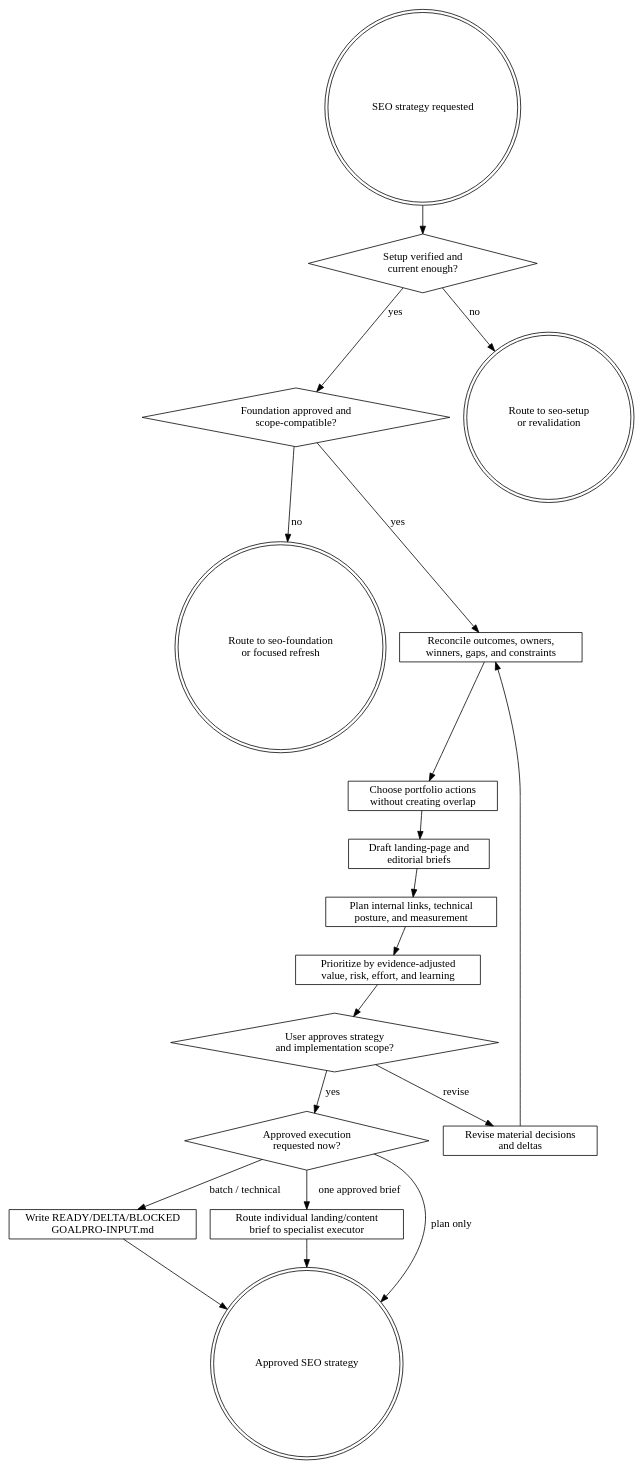
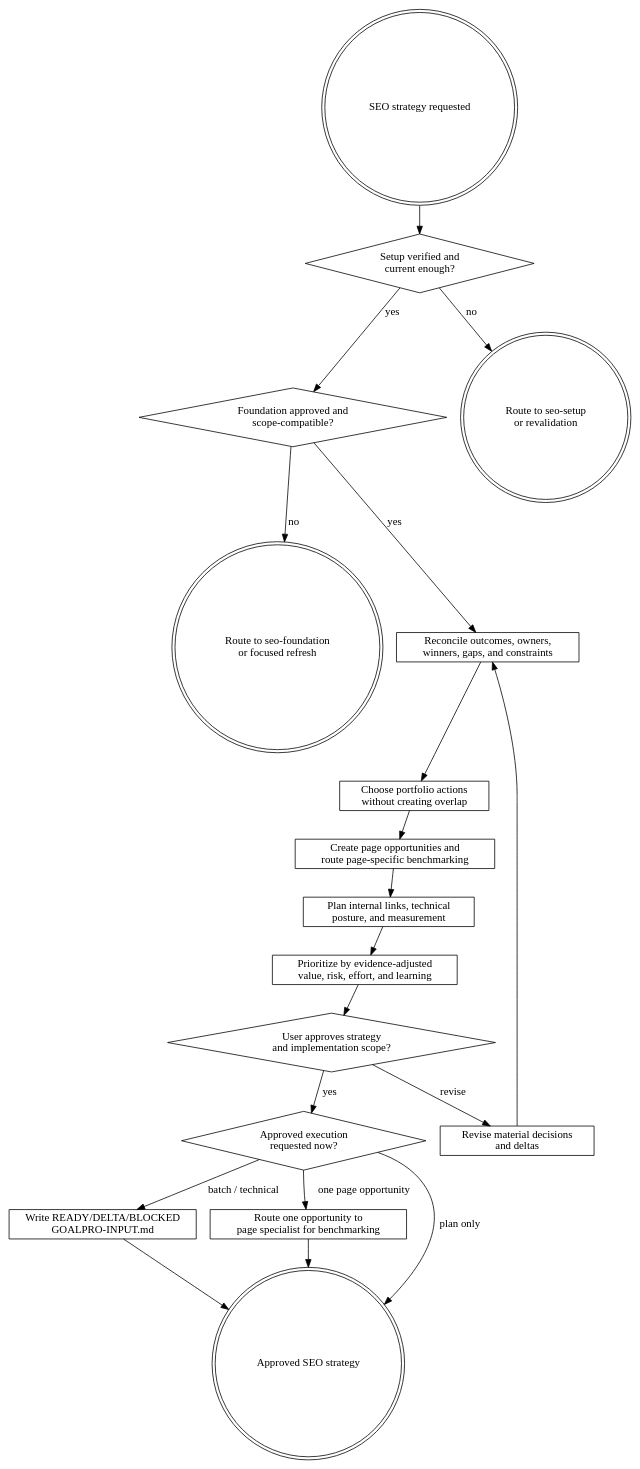
Before and after one commit to gremlin-labs/gremlin-skills: the diagram in skills/growth/seo-strategy/SKILL.md, drawn with Graphviz. The commit also changed other lines of this file and 115 other files, not shown here.

````diff
--- a/skills/growth/seo-strategy/SKILL.md
+++ b/skills/growth/seo-strategy/SKILL.md
@@ -10,35 +10,35 @@
 ```dot
 digraph seo_strategy {
   start [shape=doublecircle, label="SEO strategy requested"];
   setup [shape=diamond, label="Setup verified and\ncurrent enough?"];
   foundation [shape=diamond, label="Foundation approved and\nscope-compatible?"];
   route_setup [shape=doublecircle, label="Route to seo-setup\nor revalidation"];
   route_foundation [shape=doublecircle, label="Route to seo-foundation\nor focused refresh"];
   reconcile [shape=box, label="Reconcile outcomes, owners,\nwinners, gaps, and constraints"];
   actions [shape=box, label="Choose portfolio actions\nwithout creating overlap"];
-  briefs [shape=box, label="Draft landing-page and\neditorial briefs"];
+  queue [shape=box, label="Create page opportunities and\nroute page-specific benchmarking"];
   links [shape=box, label="Plan internal links, technical\nposture, and measurement"];
   prioritize [shape=box, label="Prioritize by evidence-adjusted\nvalue, risk, effort, and learning"];
   approve [shape=diamond, label="User approves strategy\nand implementation scope?"];
   revise [shape=box, label="Revise material decisions\nand deltas"];
   handoff [shape=diamond, label="Approved execution\nrequested now?"];
   goalpro [shape=box, label="Write READY/DELTA/BLOCKED\nGOALPRO-INPUT.md"];
-  specialized [shape=box, label="Route individual landing/content\nbrief to specialist executor"];
+  specialized [shape=box, label="Route one opportunity to\npage specialist for benchmarking"];
   done [shape=doublecircle, label="Approved SEO strategy"];
 
   start -> setup;
   setup -> route_setup [label="no"];
   setup -> foundation [label="yes"];
   foundation -> route_foundation [label="no"];
   foundation -> reconcile [label="yes"];
-  reconcile -> actions -> briefs -> links -> prioritize -> approve;
+  reconcile -> actions -> queue -> links -> prioritize -> approve;
   approve -> revise [label="revise"];
   revise -> reconcile;
   approve -> handoff [label="yes"];
   handoff -> goalpro [label="batch / technical"];
-  handoff -> specialized [label="one approved brief"];
+  handoff -> specialized [label="one page opportunity"];
   handoff -> done [label="plan only"];
   goalpro -> done;
   specialized -> done;
 }
 ```
````
